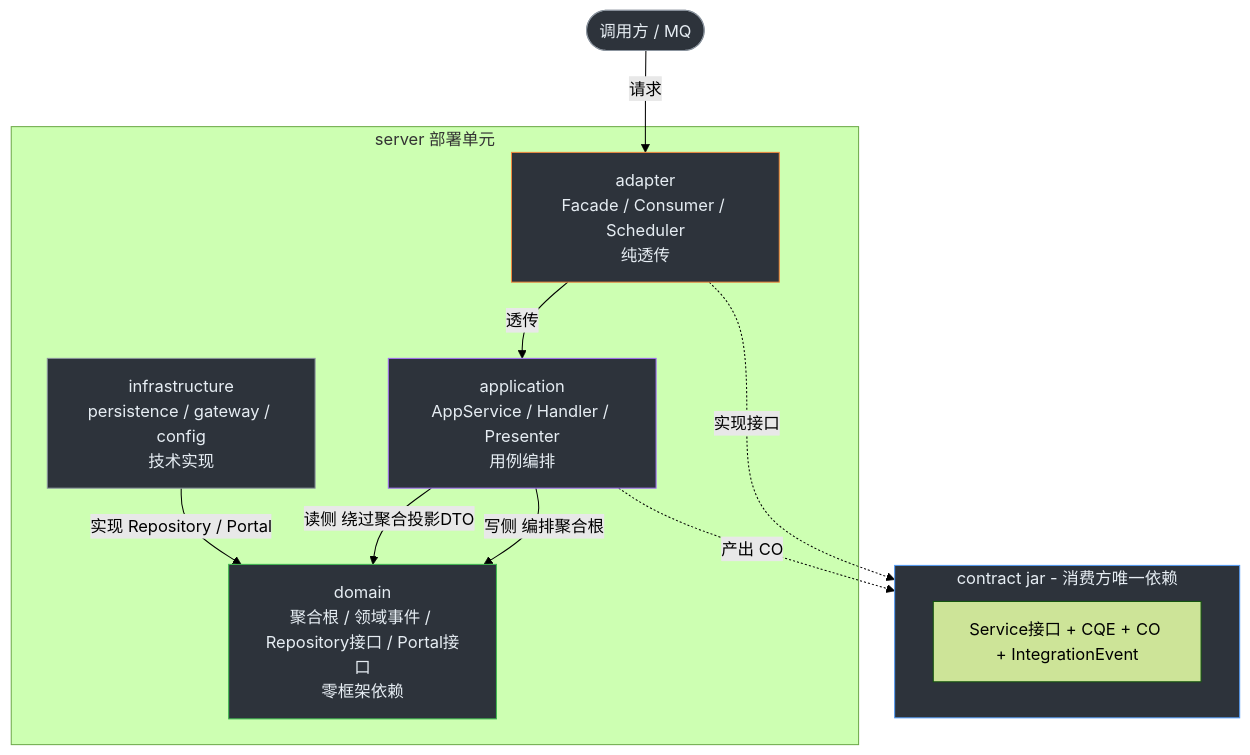
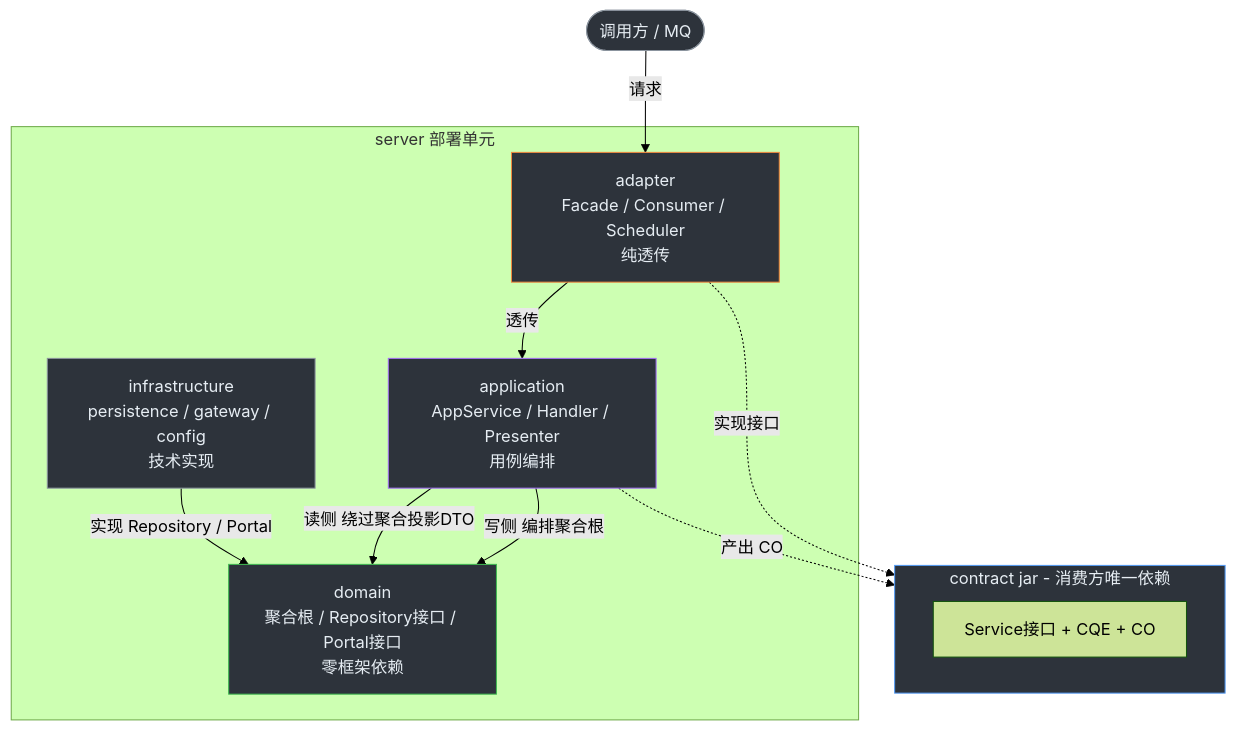
The diagram in README.md (yoursweakfoe/ywf-ddd-java), drawn with Mermaid (forest theme) before and after one commit. The commit also changed other lines of this file and 145 other files, not shown here.

````diff
--- a/README.md
+++ b/README.md
@@ -36,31 +36,31 @@
 ```mermaid
 graph TB
     EXT(["调用方 / MQ"])
 
     subgraph contract["contract jar - 消费方唯一依赖"]
         direction LR
-        SVC["Service接口 + CQE + CO + IntegrationEvent"]
+        SVC["Service接口 + CQE + CO"]
     end
 
     subgraph server["server 部署单元"]
         ADAPTER["adapter<br>Facade / Consumer / Scheduler<br>纯透传"]
         APP["application<br>AppService / Handler / Presenter<br>用例编排"]
-        DOMAIN["domain<br>聚合根 / 领域事件 / Repository接口 / Portal接口<br>零框架依赖"]
+        DOMAIN["domain<br>聚合根 / Repository接口 / Portal接口<br>零框架依赖"]
         INFRA["infrastructure<br>persistence / gateway / config<br>技术实现"]
     end
 
     EXT -->|"请求"| ADAPTER
     ADAPTER -->|"透传"| APP
     APP -->|"写侧 编排聚合根"| DOMAIN
     APP -->|"读侧 绕过聚合投影DTO"| DOMAIN
     INFRA -->|"实现 Repository / Portal"| DOMAIN
     ADAPTER -.->|"实现接口"| contract
     APP -.->|"产出 CO"| contract
 
     style contract fill:#2d333b,stroke:#539bf5,color:#e6edf3
     style ADAPTER fill:#2d333b,stroke:#f0883e,color:#e6edf3
     style APP fill:#2d333b,stroke:#a371f7,color:#e6edf3
     style DOMAIN fill:#2d333b,stroke:#3fb950,color:#e6edf3
     style INFRA fill:#2d333b,stroke:#8b949e,color:#e6edf3
     style EXT fill:#2d333b,stroke:#8b949e,color:#e6edf3
 ```
````
